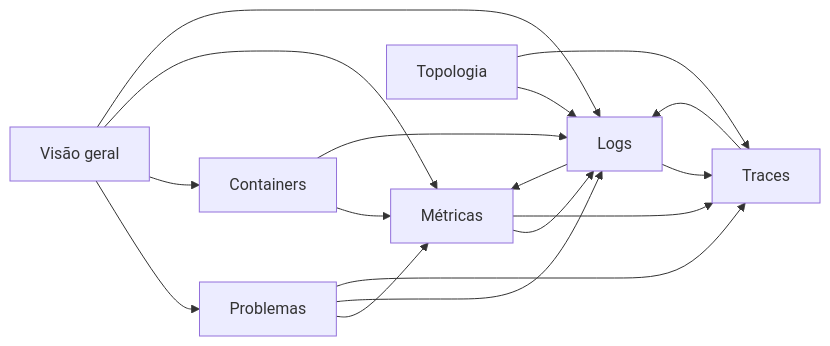
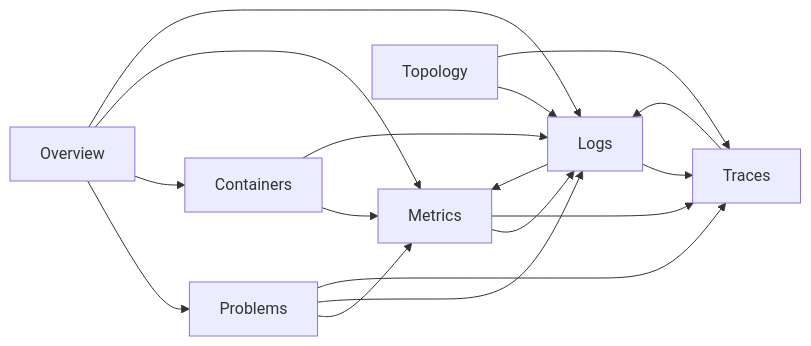
The first of 4 diagrams in docs/flows/ui-panel.md (HarryRaddatz/argus-observability), drawn with Mermaid before and after one commit. The commit also changed other lines of this file and 89 other files, not shown here.

````diff
--- a/docs/flows/ui-panel.md
+++ b/docs/flows/ui-panel.md
@@ -51,19 +51,19 @@
 ```mermaid
 flowchart LR
-  Overview[Visão geral] --> Problems[Problemas]
+  Overview[Overview] --> Problems[Problems]
   Overview --> Containers
-  Overview --> Metrics[Métricas]
+  Overview --> Metrics[Metrics]
   Overview --> Logs
   Problems --> Metrics
   Problems --> Logs
   Problems --> Traces
   Containers --> Metrics
   Containers --> Logs
   Metrics --> Logs
   Metrics --> Traces
   Logs --> Traces
   Logs --> Metrics
   Traces --> Logs
-  Topology[Topologia] --> Logs
+  Topology[Topology] --> Logs
   Topology --> Traces
 ```
````
